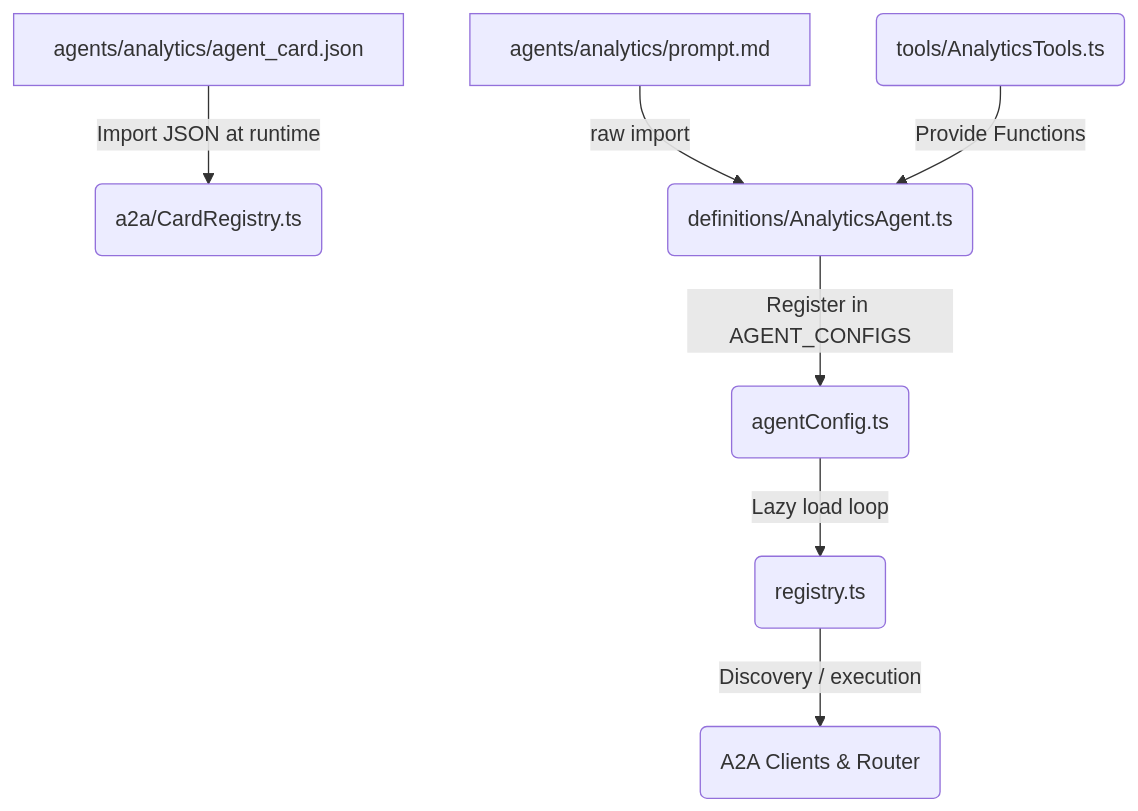
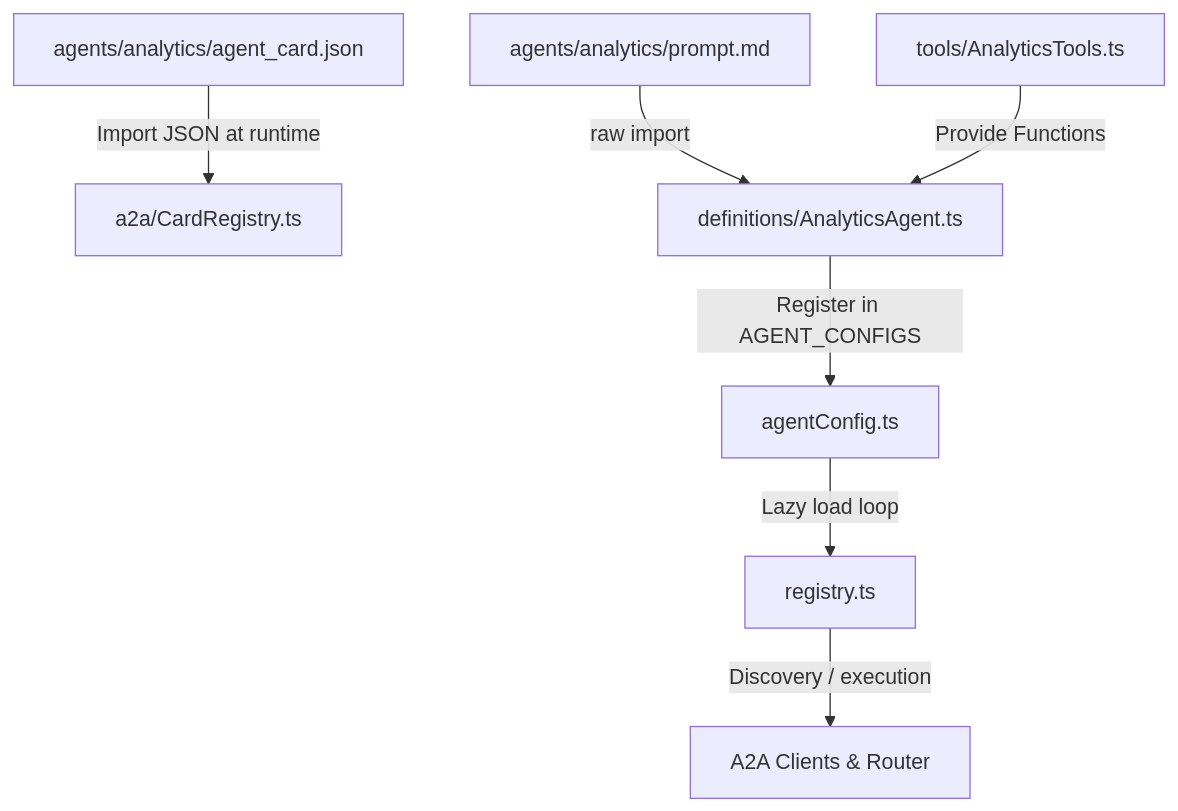
The diagram in docs/flowcharts/analytics-elevation-macro.md (indii-music-founder/indii-music-founder), drawn with Mermaid before and after one commit. The commit also changed other lines of this file and 1 other file, not shown here.

Commit message:
fix(docs): resolve flowchart syntax validation errors

````diff
--- a/docs/flowcharts/analytics-elevation-macro.md
+++ b/docs/flowcharts/analytics-elevation-macro.md
@@ -5,9 +5,9 @@
 ```mermaid
 graph TD
-    A[agents/analytics/agent_card.json] -->|Import JSON at runtime| B(a2a/CardRegistry.ts)
-    C[agents/analytics/prompt.md] -->|raw import| D(definitions/AnalyticsAgent.ts)
-    E(tools/AnalyticsTools.ts) -->|Provide Functions| D
-    D -->|Register in AGENT_CONFIGS| F(agentConfig.ts)
-    F -->|Lazy load loop| G(registry.ts)
-    G -->|Discovery / execution| H(A2A Clients & Router)
+    A["agents/analytics/agent_card.json"] -->|Import JSON at runtime| B["a2a/CardRegistry.ts"]
+    C["agents/analytics/prompt.md"] -->|raw import| D["definitions/AnalyticsAgent.ts"]
+    E["tools/AnalyticsTools.ts"] -->|Provide Functions| D
+    D -->|Register in AGENT_CONFIGS| F["agentConfig.ts"]
+    F -->|Lazy load loop| G["registry.ts"]
+    G -->|Discovery / execution| H["A2A Clients & Router"]
 ```
````
